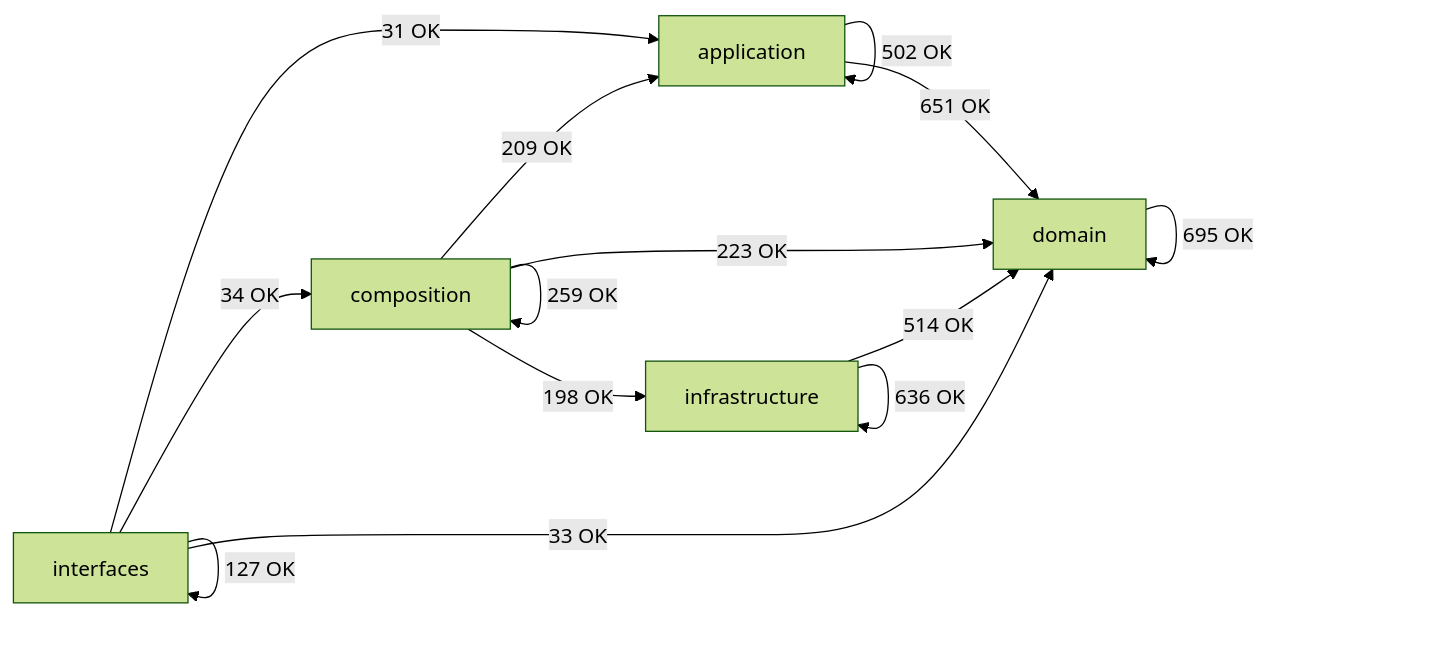
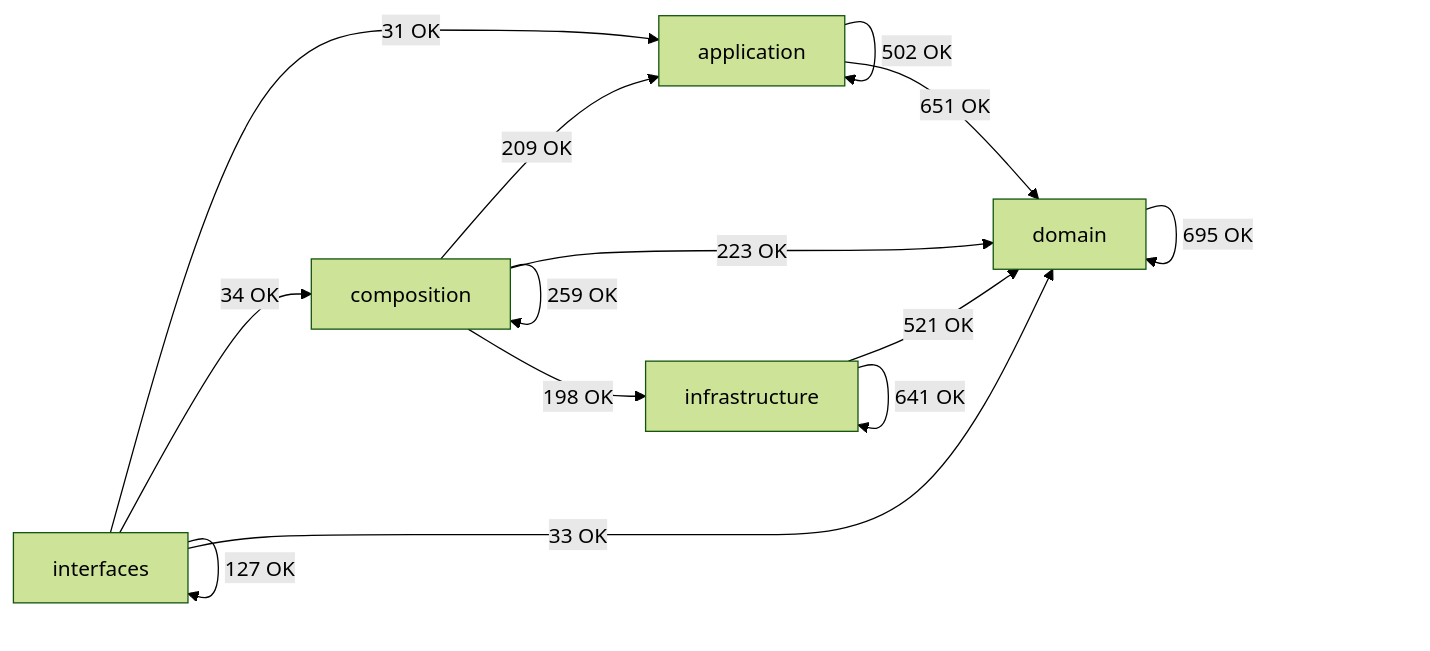
The diagram in docs/02-architecture/generated/module-dependency-map.md (SatoryKono/BioactivityDataAcquisition), drawn with Mermaid (forest theme) before and after one commit. The commit also changed other lines of this file and 17 other files, not shown here.

````diff
--- a/docs/02-architecture/generated/module-dependency-map.md
+++ b/docs/02-architecture/generated/module-dependency-map.md
@@ -16,21 +16,21 @@
 ```mermaid
 flowchart LR
     domain[domain]
     application[application]
     infrastructure[infrastructure]
     composition[composition]
     interfaces[interfaces]
     application -->|502 OK| application
     application -->|651 OK| domain
     composition -->|209 OK| application
     composition -->|259 OK| composition
     composition -->|223 OK| domain
     composition -->|198 OK| infrastructure
     domain -->|695 OK| domain
-    infrastructure -->|514 OK| domain
-    infrastructure -->|636 OK| infrastructure
+    infrastructure -->|521 OK| domain
+    infrastructure -->|641 OK| infrastructure
     interfaces -->|31 OK| application
     interfaces -->|34 OK| composition
     interfaces -->|33 OK| domain
     interfaces -->|127 OK| interfaces
 ```
````
